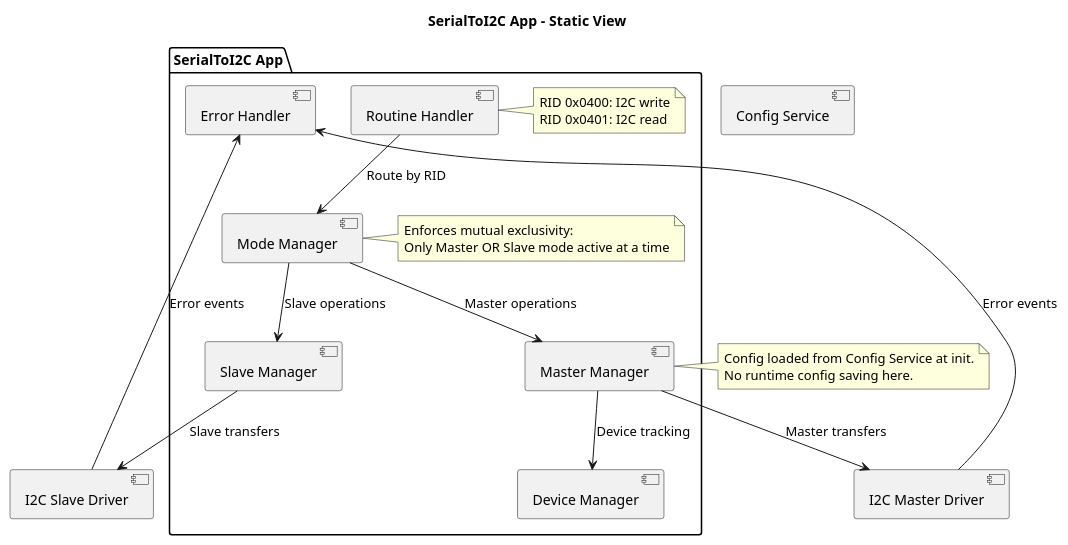
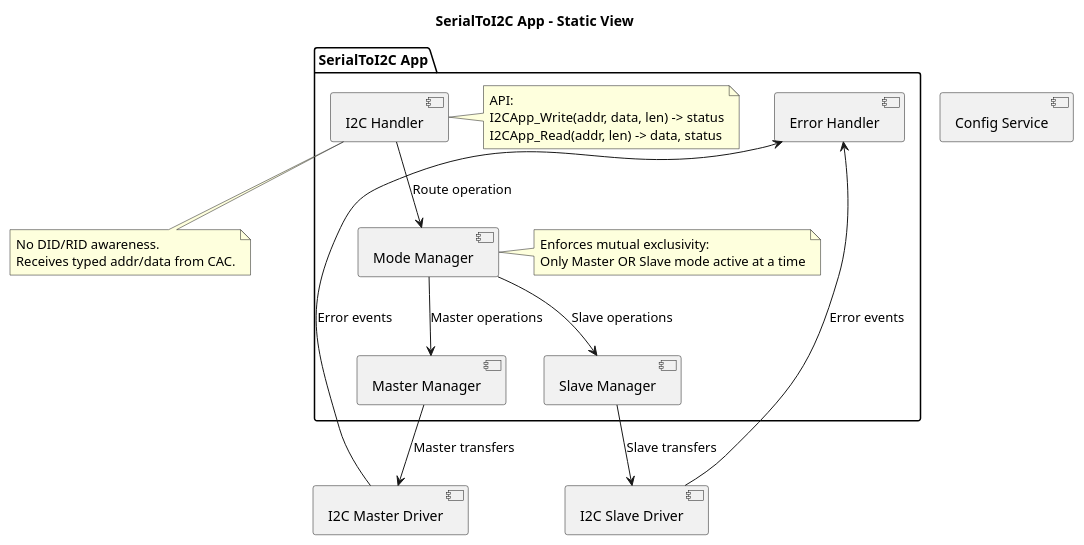
The diagram in 2_architecture/fucntionView/layer3Application/serialToI2CApp/staticView.puml (LinhTrucVo/Bico_Protocol_Bridge), drawn with PlantUML before and after one commit. The commit also changed 19 other files, not shown here.

First line of the commit message:
Central App Controller now owns all DID/RID mapping and converts UDS requests into typed API calls for downstream modules. ConfigService, SerialToXxxApp modules no longer have any UDS/DID/RID awareness — they expose plain typed APIs (e.g. ReadAdc(ch), WriteGpio(pin, state), SetAdcSampleRate(rate)).

```diff
--- a/2_architecture/fucntionView/layer3Application/serialToI2CApp/staticView.puml
+++ b/2_architecture/fucntionView/layer3Application/serialToI2CApp/staticView.puml
@@ -1,40 +1,39 @@
 @startuml
 
 title SerialToI2C App - Static View
 
 package "SerialToI2C App" {
-    [Routine Handler] as routineHandler
-    note right of routineHandler
-        RID 0x0400: I2C write
-        RID 0x0401: I2C read
+    [I2C Handler] as i2cHandler
+    note right of i2cHandler
+        API:
+        I2CApp_Write(addr, data, len) -> status
+        I2CApp_Read(addr, len) -> data, status
     end note
     [Mode Manager] as modeMgr
     note right of modeMgr
         Enforces mutual exclusivity:
         Only Master OR Slave mode active at a time
     end note
     [Master Manager] as masterMgr
     [Slave Manager] as slaveMgr
-    [Device Manager] as deviceMgr
     [Error Handler] as errorHandler
 }
 
 [I2C Master Driver] as i2cMasterDriver
 [I2C Slave Driver] as i2cSlaveDriver
 [Config Service] as configService
 
-routineHandler --> modeMgr : Route by RID
+i2cHandler --> modeMgr : Route operation
 modeMgr --> masterMgr : Master operations
 modeMgr --> slaveMgr : Slave operations
 masterMgr --> i2cMasterDriver : Master transfers
 slaveMgr --> i2cSlaveDriver : Slave transfers
-masterMgr --> deviceMgr : Device tracking
 errorHandler <-- i2cMasterDriver : Error events
 errorHandler <-- i2cSlaveDriver : Error events
 
-note right of masterMgr
-    Config loaded from Config Service at init.
-    No runtime config saving here.
+note bottom of i2cHandler
+    No DID/RID awareness.
+    Receives typed addr/data from CAC.
 end note
 
 @enduml
```
